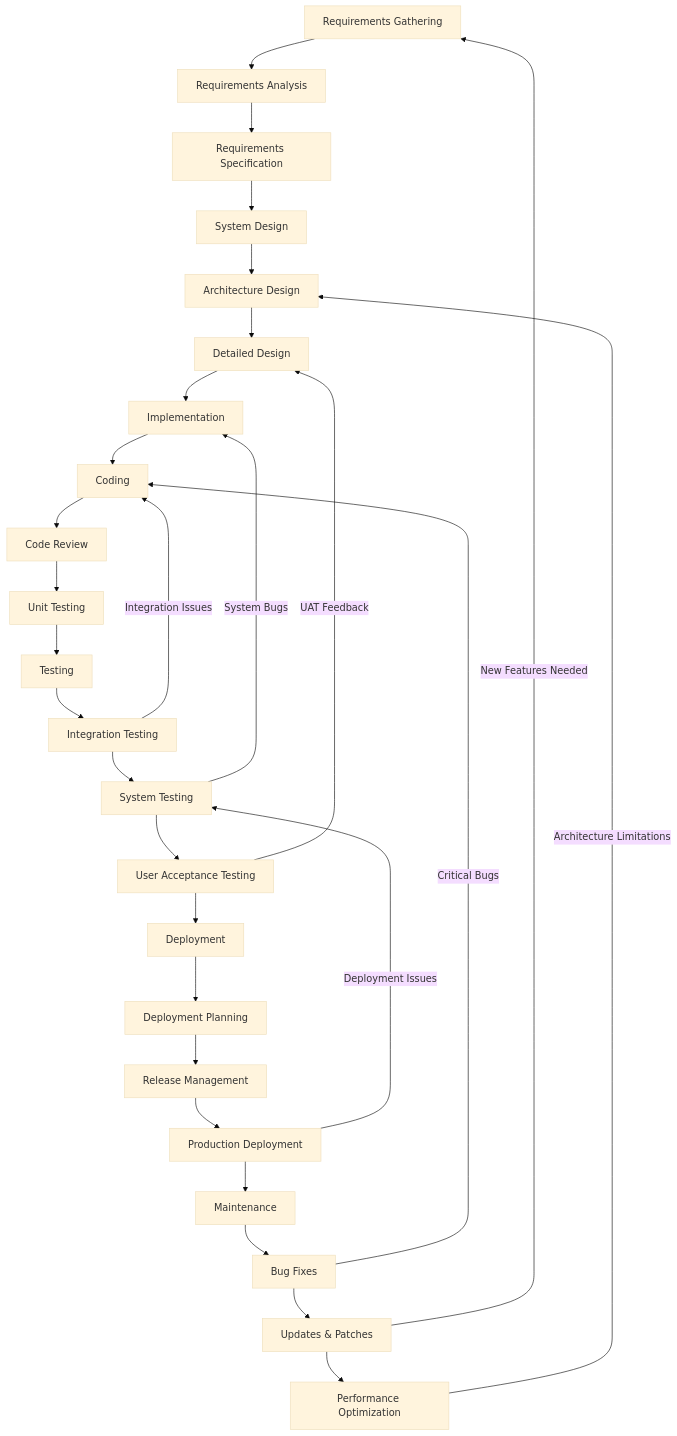
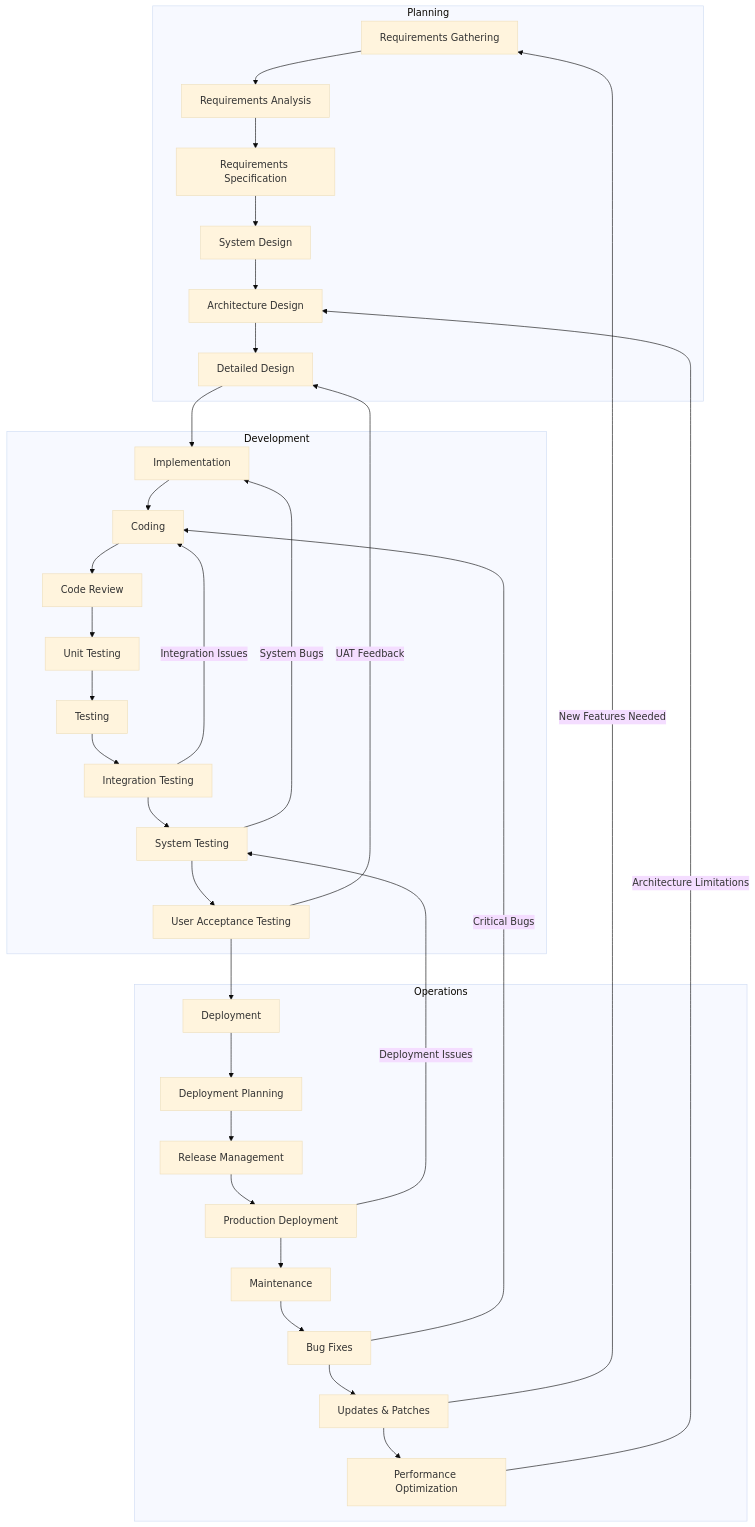
One commit to isauravmanitripathi/Animate-Mermaid-Chart changed the diagram in temp-charts/flowchart_sequence/image_29.mmd. Above: the diagram before and after it, drawn with Mermaid (base theme). The commit also changed 58 other files, not shown here.

Commit message:
added proper working diagrams

```diff
--- a/temp-charts/flowchart_sequence/image_29.mmd
+++ b/temp-charts/flowchart_sequence/image_29.mmd
@@ -1,29 +1,60 @@
 flowchart TD
-A[Requirements Gathering] --> A1[Requirements Analysis]
-A1 --> A2[Requirements Specification]
-A2 --> B[System Design]
-B --> B1[Architecture Design]
-B1 --> B2[Detailed Design]
-B2 --> C[Implementation]
-C --> C1[Coding]
-C1 --> C2[Code Review]
-C2 --> C3[Unit Testing]
-C3 --> D[Testing]
-D --> D1[Integration Testing]
-D1 --> D2[System Testing]
-D2 --> D3[User Acceptance Testing]
-D3 --> E[Deployment]
-E --> E1[Deployment Planning]
-E1 --> E2[Release Management]
-E2 --> E3[Production Deployment]
-E3 --> F[Maintenance]
-F --> F1[Bug Fixes]
-F1 --> F2[Updates & Patches]
-F2 --> F3[Performance Optimization]
-D1 -->|Integration Issues| C1
-D2 -->|System Bugs| C
-D3 -->|UAT Feedback| B2
-E3 -->|Deployment Issues| D2
-F1 -->|Critical Bugs| C1
-F2 -->|New Features Needed| A
-F3 -->|Architecture Limitations| B1
+    A[Requirements Gathering] --> A1[Requirements Analysis]
+    A1 --> A2[Requirements Specification]
+    A2 --> B[System Design]
+    B --> B1[Architecture Design]
+    B1 --> B2[Detailed Design]
+    B2 --> C[Implementation]
+    C --> C1[Coding]
+    C1 --> C2[Code Review]
+    C2 --> C3[Unit Testing]
+    C3 --> D[Testing]
+    D --> D1[Integration Testing]
+    D1 --> D2[System Testing]
+    D2 --> D3[User Acceptance Testing]
+    D3 --> E[Deployment]
+    E --> E1[Deployment Planning]
+    E1 --> E2[Release Management]
+    E2 --> E3[Production Deployment]
+    E3 --> F[Maintenance]
+    F --> F1[Bug Fixes]
+    F1 --> F2[Updates & Patches]
+    F2 --> F3[Performance Optimization]
+    D1 -->|Integration Issues| C1
+    D2 -->|System Bugs| C
+    D3 -->|UAT Feedback| B2
+    E3 -->|Deployment Issues| D2
+    F1 -->|Critical Bugs| C1
+    F2 -->|New Features Needed| A
+    F3 -->|Architecture Limitations| B1
+
+subgraph Planning
+A
+A1
+A2
+B
+B1
+B2
+end
+
+subgraph Development
+C
+C1
+C2
+C3
+D
+D1
+D2
+D3
+end
+
+subgraph Operations
+E
+E1
+E2
+E3
+F
+F1
+F2
+F3
+end
```
